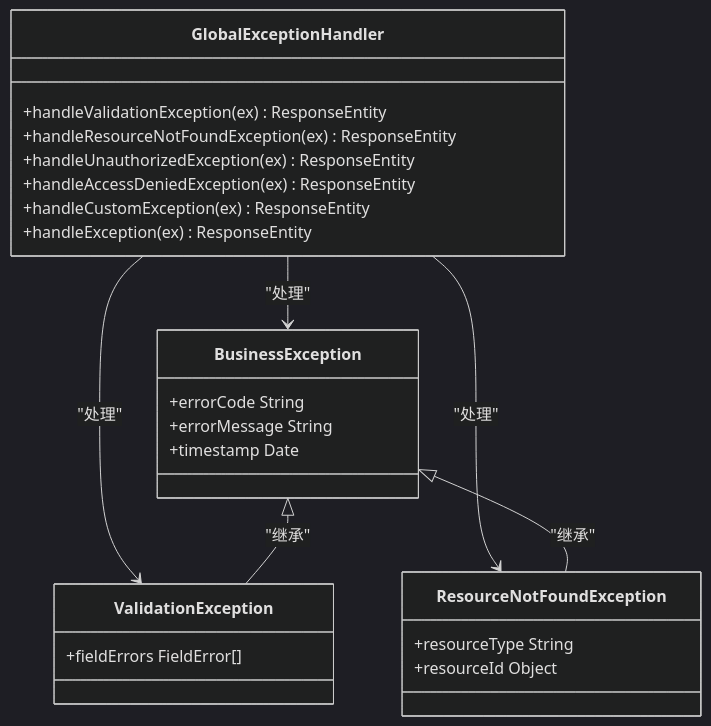
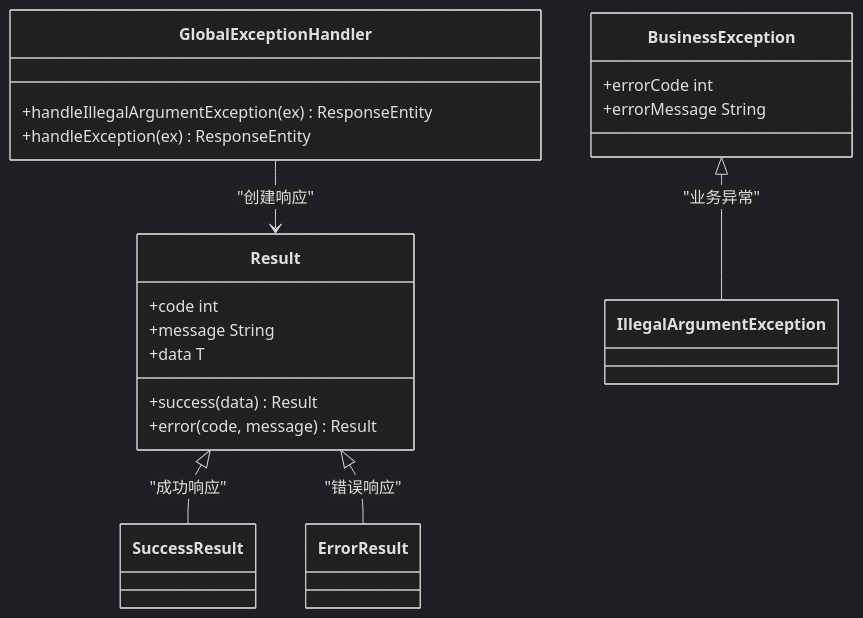
Before and after one commit to gree-coder/fund-butler: the ninth of 11 diagrams in .qoder/repowiki/zh/content/核心功能开发/核心功能开发.md, drawn with Mermaid (dark theme). The commit also changed other lines of this file and 10 other files, not shown here.

````diff
--- a/.qoder/repowiki/zh/content/核心功能开发/核心功能开发.md
+++ b/.qoder/repowiki/zh/content/核心功能开发/核心功能开发.md
@@ -356,28 +507,22 @@
 ```mermaid
 classDiagram
+class Result {
++success(data) Result
++error(code, message) Result
++code int
++message String
++data T
+}
 class GlobalExceptionHandler {
-+handleValidationException(ex) ResponseEntity
-+handleResourceNotFoundException(ex) ResponseEntity
-+handleUnauthorizedException(ex) ResponseEntity
-+handleAccessDeniedException(ex) ResponseEntity
-+handleCustomException(ex) ResponseEntity
++handleIllegalArgumentException(ex) ResponseEntity
 +handleException(ex) ResponseEntity
 }
 class BusinessException {
-+errorCode String
++errorCode int
 +errorMessage String
-+timestamp Date
 }
-class ValidationException {
-+fieldErrors FieldError[]
-}
-class ResourceNotFoundException {
-+resourceType String
-+resourceId Object
-}
-GlobalExceptionHandler --> BusinessException : "处理"
-GlobalExceptionHandler --> ValidationException : "处理"
-GlobalExceptionHandler --> ResourceNotFoundException : "处理"
-BusinessException <|-- ValidationException : "继承"
-BusinessException <|-- ResourceNotFoundException : "继承"
+Result <|-- SuccessResult : "成功响应"
+Result <|-- ErrorResult : "错误响应"
+GlobalExceptionHandler --> Result : "创建响应"
+BusinessException <|-- IllegalArgumentException : "业务异常"
 ```
````
